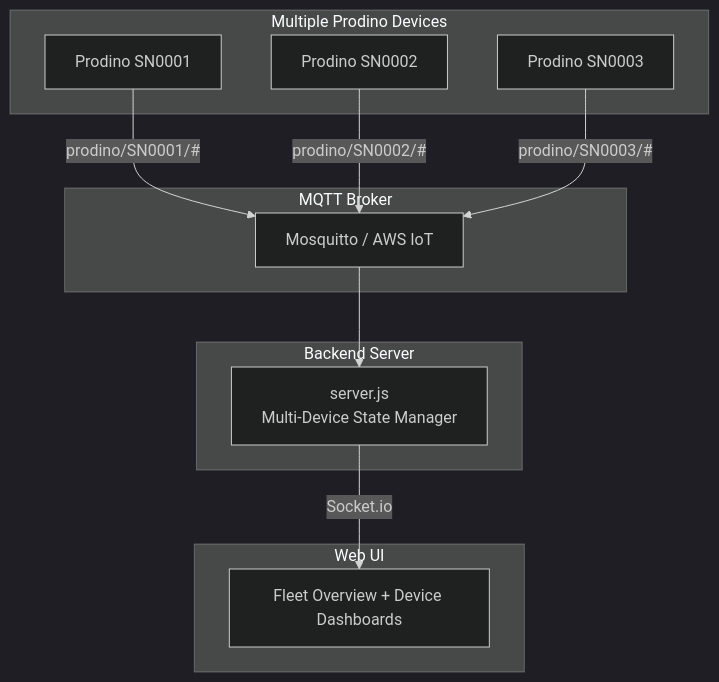
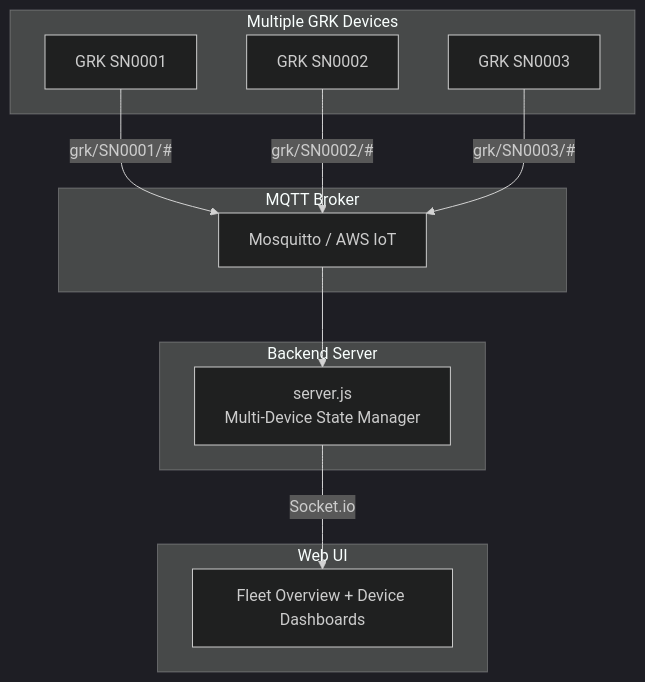
One commit to Algo-vision/GG-Prodino changed the second of 2 diagrams in firmware/docs/MULTI_DEVICE_IMPLEMENTATION_PLAN.md. Above: the diagram before and after it, drawn with Mermaid (dark theme). The commit also changed other lines of this file and 23 other files, not shown here.

First line of the commit message:
Rename Prodino -> GRK across code, docs, and MQTT topics

````diff
--- a/firmware/docs/MULTI_DEVICE_IMPLEMENTATION_PLAN.md
+++ b/firmware/docs/MULTI_DEVICE_IMPLEMENTATION_PLAN.md
@@ -49,26 +49,26 @@
 ```mermaid
 graph TD
-    subgraph "Multiple Prodino Devices"
-        D1[Prodino SN0001]
-        D2[Prodino SN0002]
-        D3[Prodino SN0003]
+    subgraph "Multiple GRK Devices"
+        D1[GRK SN0001]
+        D2[GRK SN0002]
+        D3[GRK SN0003]
     end
     
     subgraph "MQTT Broker"
         MB[Mosquitto / AWS IoT]
     end
     
     subgraph "Backend Server"
         BE["server.js<br/>Multi-Device State Manager"]
     end
     
     subgraph "Web UI"
         UI["Fleet Overview + Device Dashboards"]
     end
     
-    D1 -->|"prodino/SN0001/#"| MB
-    D2 -->|"prodino/SN0002/#"| MB
-    D3 -->|"prodino/SN0003/#"| MB
+    D1 -->|"grk/SN0001/#"| MB
+    D2 -->|"grk/SN0002/#"| MB
+    D3 -->|"grk/SN0003/#"| MB
     MB --> BE
     BE -->|Socket.io| UI
 ```
````
